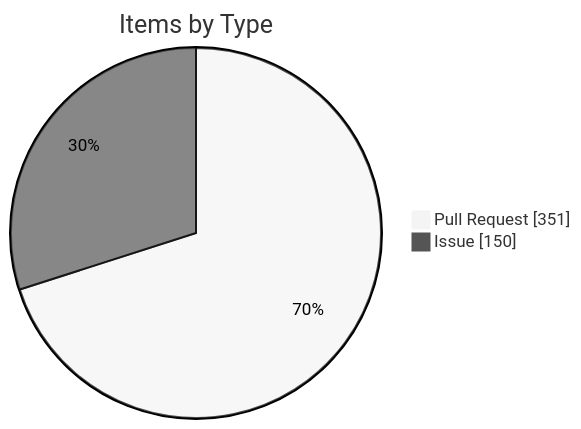
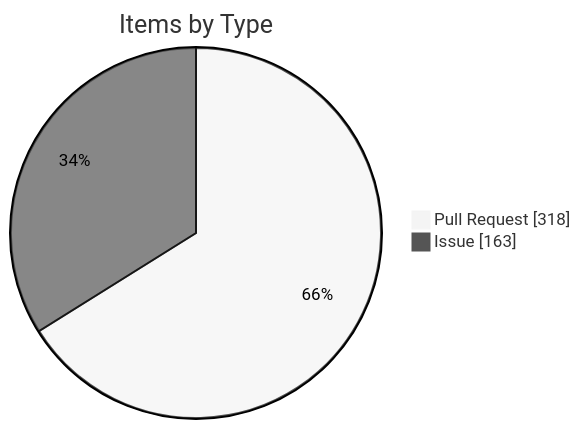
One commit to KBVE/kbve changed the fourth of 4 diagrams in apps/kbve/astro-kbve/src/content/docs/dashboard/kanban-data.mdx. Above: the diagram before and after it, drawn with Mermaid (neutral theme). The commit also changed other lines of this file and 8 other files, not shown here.

````diff
--- a/apps/kbve/astro-kbve/src/content/docs/dashboard/kanban-data.mdx
+++ b/apps/kbve/astro-kbve/src/content/docs/dashboard/kanban-data.mdx
@@ -116,6 +116,6 @@
 ```mermaid
 pie showData
     title Items by Type
-    "Pull Request" : 351
-    "Issue" : 150
+    "Pull Request" : 318
+    "Issue" : 163
 ```
````
